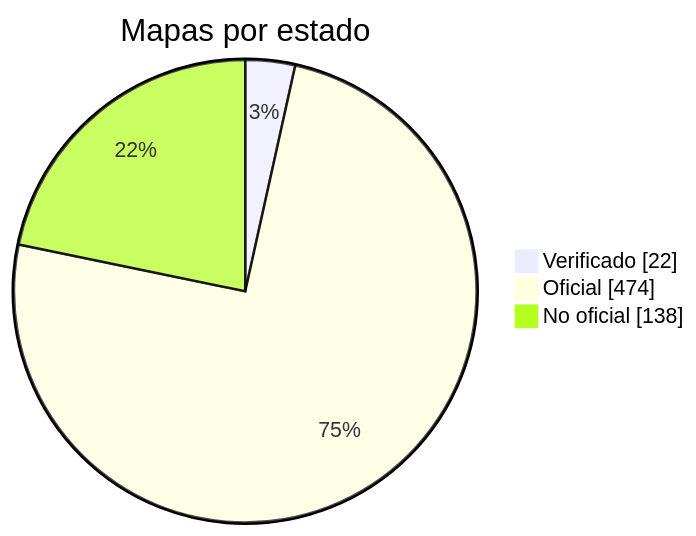
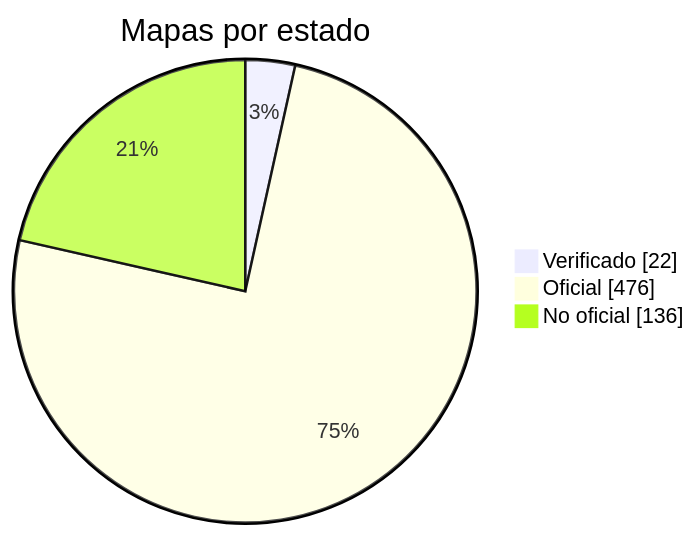
One commit to nobrega8/mbmap-library changed the diagram in docs/readme/README_ES.md. Above: the diagram before and after it, drawn with Mermaid. The commit also changed 7 other files, not shown here.

````diff
--- a/docs/readme/README_ES.md
+++ b/docs/readme/README_ES.md
@@ -54,7 +54,7 @@
 ```mermaid
 pie showData
     title Mapas por estado
     "Verificado" : 22
-    "Oficial" : 474
-    "No oficial" : 138
+    "Oficial" : 476
+    "No oficial" : 136
 ```
````
